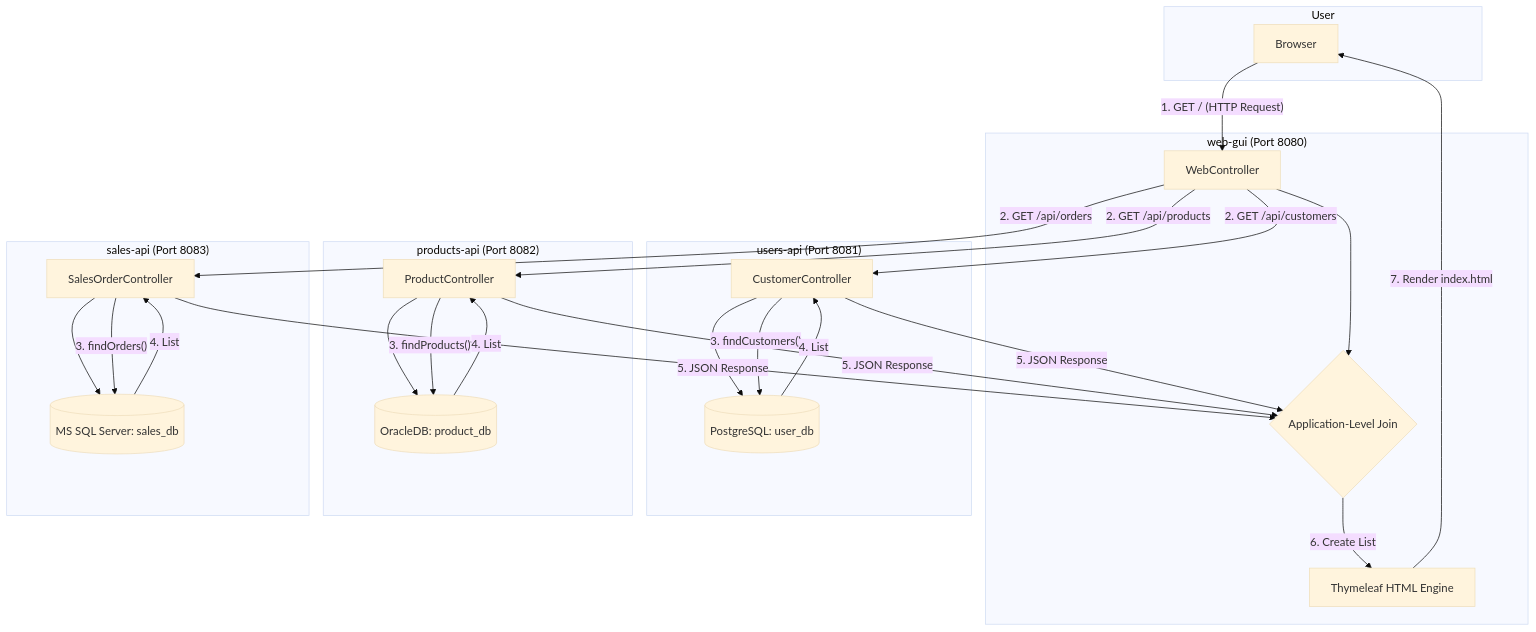
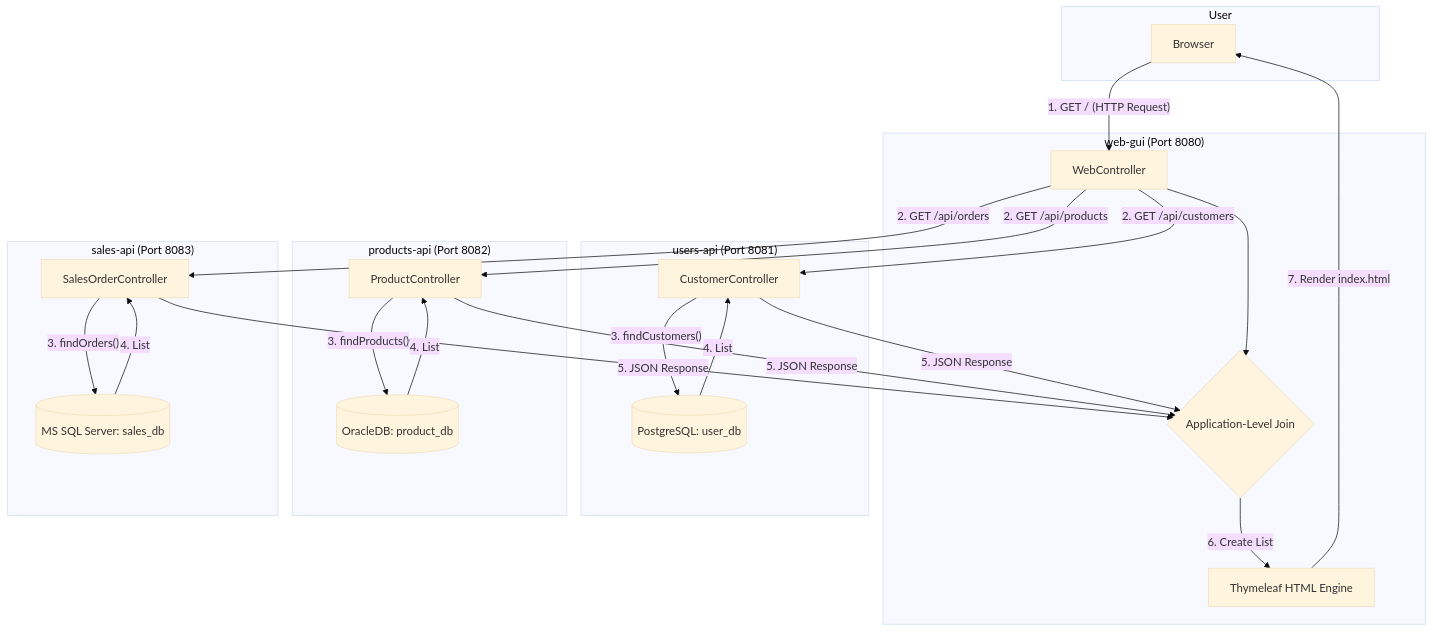
Before and after one commit to Mareantz/TPJAD-2025: the diagram in database-homework/README.md, drawn with Mermaid (base theme).

Commit message:
Fix readme diagram

````diff
--- a/database-homework/README.md
+++ b/database-homework/README.md
@@ -70,59 +70,56 @@
 ```mermaid
 graph TD
     subgraph User
         U[Browser]
     end
 
     subgraph "web-gui (Port 8080)"
         GUI[WebController]
         GUI_JOIN{Application-Level Join}
         GUI_HTML[Thymeleaf HTML Engine]
     end
 
     subgraph "users-api (Port 8081)"
         API_U[CustomerController]
         DB_U[(PostgreSQL: user_db)]
-        API_U --> DB_U
     end
 
     subgraph "products-api (Port 8082)"
         API_P[ProductController]
         DB_P[(OracleDB: product_db)]
-        API_P --> DB_P
     end
 
     subgraph "sales-api (Port 8083)"
         API_S[SalesOrderController]
         DB_S[(MS SQL Server: sales_db)]
-        API_S --> DB_S
     end
 
     %% --- Define The Data Flow for Loading the Home Page ---
-
+    
     U -- 1. GET / (HTTP Request) --> GUI
-
+    
     %% Fork: GUI calls all 3 APIs
     GUI -- 2. GET /api/customers --> API_U
     GUI -- 2. GET /api/products --> API_P
     GUI -- 2. GET /api/orders --> API_S
-
+    
     %% API 1 (Users)
     API_U -- 3. findCustomers() --> DB_U
     DB_U -- 4. List<Customer> --> API_U
     API_U -- 5. JSON Response --> GUI_JOIN
-
+    
     %% API 2 (Products)
     API_P -- 3. findProducts() --> DB_P
     DB_P -- 4. List<Product> --> API_P
     API_P -- 5. JSON Response --> GUI_JOIN
 
     %% API 3 (Sales)
     API_S -- 3. findOrders() --> DB_S
     DB_S -- 4. List<SalesOrder> --> API_S
     API_S -- 5. JSON Response --> GUI_JOIN
-
+    
     %% Join: GUI merges the data
     GUI --> GUI_JOIN
     GUI_JOIN -- 6. Create List<OrderDetails> --> GUI_HTML
     GUI_HTML -- 7. Render index.html --> U
 ```
````
